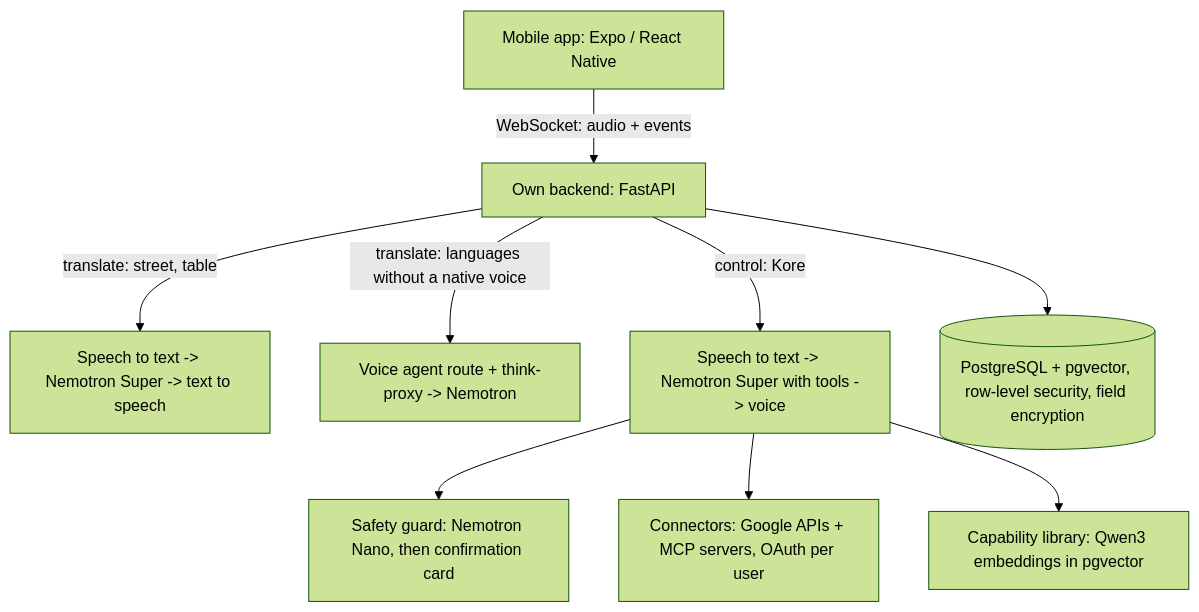
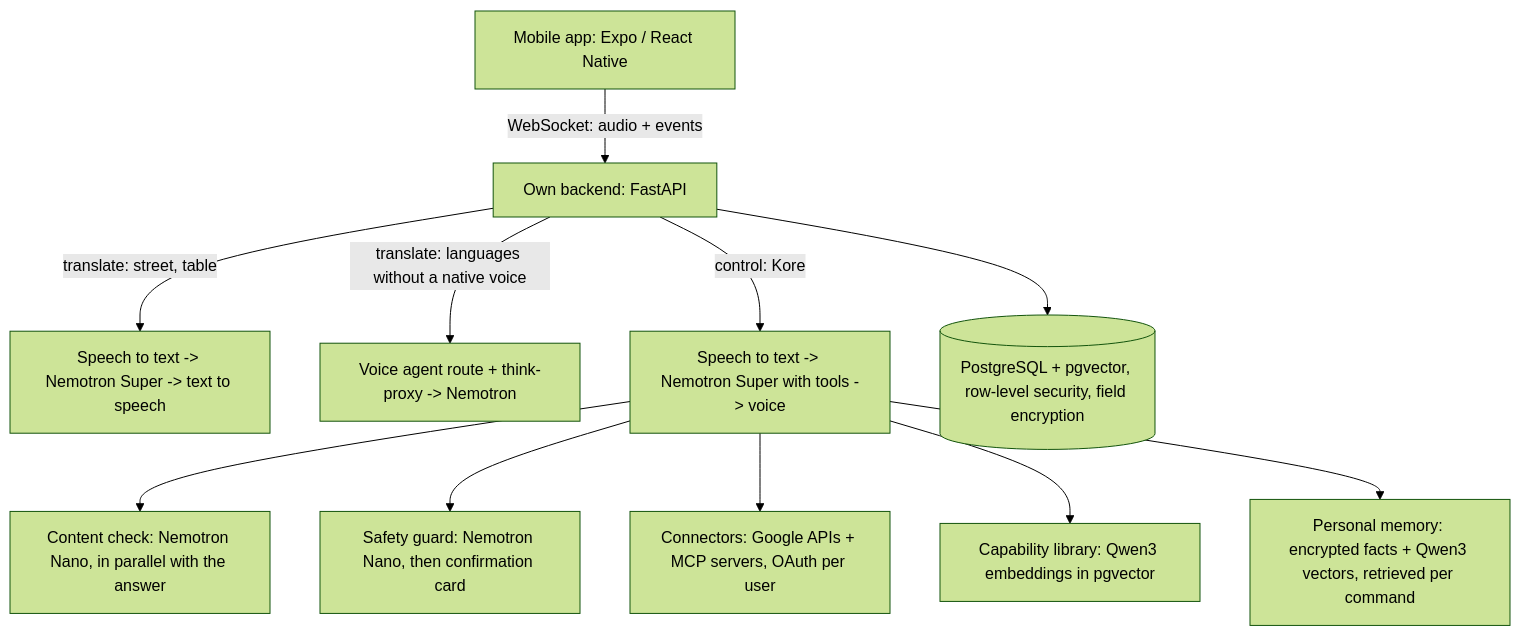
The diagram in README.md (MyQronix/speakore-showcase), drawn with Mermaid (forest theme) before and after one commit. The commit also changed other lines of this file and 2 other files, not shown here.

First line of the commit message:
README: how to use, Kore's memory and content check, measurements from the Nebius server

````diff
--- a/README.md
+++ b/README.md
@@ -30,11 +37,13 @@
 ```mermaid
 graph TD
     App[Mobile app: Expo / React Native] -- WebSocket: audio + events --> API[Own backend: FastAPI]
     API -->|translate: street, table| I[Speech to text -> Nemotron Super -> text to speech]
     API -->|translate: languages without a native voice| V[Voice agent route + think-proxy -> Nemotron]
     API -->|control: Kore| K[Speech to text -> Nemotron Super with tools -> voice]
+    K --> M[Content check: Nemotron Nano, in parallel with the answer]
     K --> G[Safety guard: Nemotron Nano, then confirmation card]
     K --> C[Connectors: Google APIs + MCP servers, OAuth per user]
     K --> E[Capability library: Qwen3 embeddings in pgvector]
+    K --> R[Personal memory: encrypted facts + Qwen3 vectors, retrieved per command]
     API --> DB[(PostgreSQL + pgvector, row-level security, field encryption)]
 ```
````
